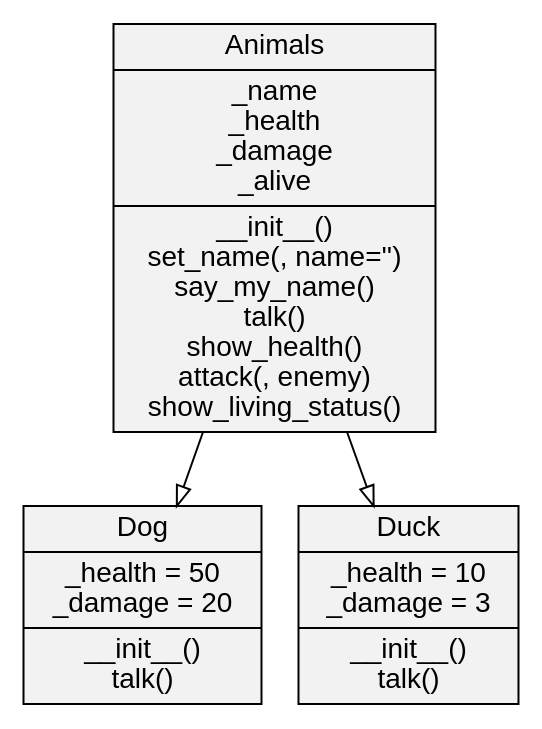
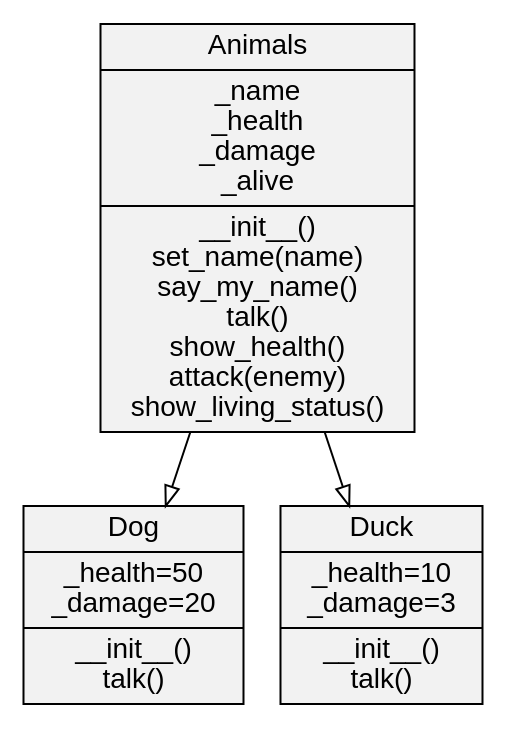
Before and after one commit to aselvais/PythonOOPexample: the diagram in assets/diagrams/conceptfull.dot, drawn with Graphviz. The commit also changed other lines of this file and 1 other file, not shown here.

```diff
--- a/assets/diagrams/conceptfull.dot
+++ b/assets/diagrams/conceptfull.dot
@@ -1,13 +1,14 @@
 digraph hierarchy {
+    
     rankdir = BT
     node[shape=record,style=filled,fillcolor=gray95,fontname="helvetica"]
     edge[dir=back, arrowtail=empty,]
 
-    Animals[label="{Animals|_name\n_health\n_damage\n_alive|__init__()\nset_name(, name='')\nsay_my_name()\ntalk()\nshow_health()\nattack(, enemy)\nshow_living_status()}"]
-    Dog[label="{Dog|_health = 50\n_damage = 20|__init__()\ntalk()}"]
-    Duck[label="{Duck|_health = 10\n_damage = 3|__init__()\ntalk()}"]
+    Animals[label="{Animals|_name\n_health\n_damage\n_alive|__init__()\nset_name(name)\nsay_my_name()\ntalk()\nshow_health()\nattack(enemy)\nshow_living_status()}"]
+    Dog[label="{Dog|_health=50\n_damage=20|__init__()\ntalk()}"]
+    Duck[label="{Duck|_health=10\n_damage=3|__init__()\ntalk()}"]
 
     Dog -> Animals
     Duck -> Animals
 
 }
```
